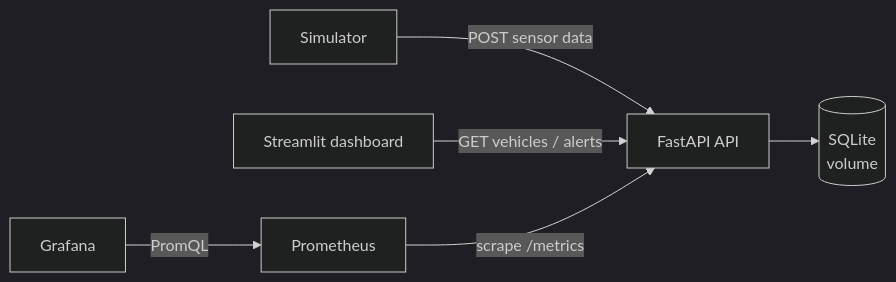
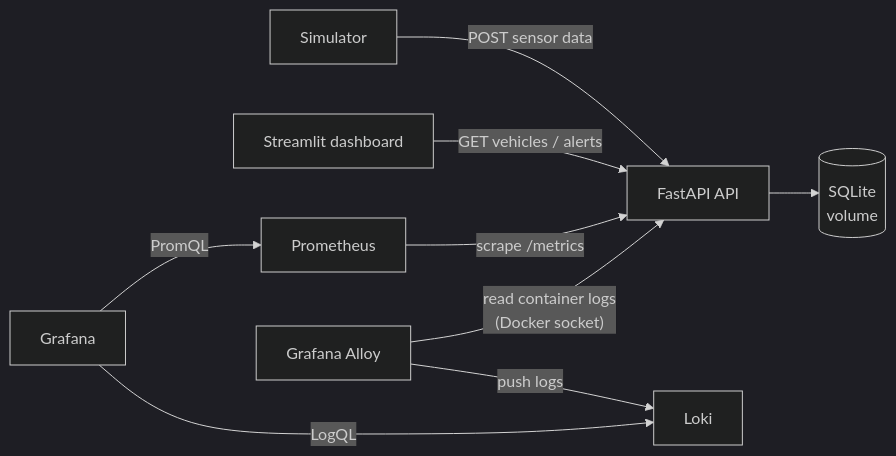
The first of 3 diagrams in README.md (Ilsuyuksel133/smart-fleet), drawn with Mermaid (dark theme) before and after one commit. The commit also changed other lines of this file and 1 other file, not shown here.

````diff
--- a/README.md
+++ b/README.md
@@ -9,8 +9,11 @@
 ```mermaid
 flowchart LR
     sim[Simulator] -- "POST sensor data" --> api[FastAPI API]
     dash[Streamlit dashboard] -- "GET vehicles / alerts" --> api
     api --> db[(SQLite<br/>volume)]
     prom[Prometheus] -- "scrape /metrics" --> api
+    alloy[Grafana Alloy] -- "read container logs<br/>(Docker socket)" --> api
+    alloy -- "push logs" --> loki[Loki]
     graf[Grafana] -- "PromQL" --> prom
+    graf -- "LogQL" --> loki
 ```
````
